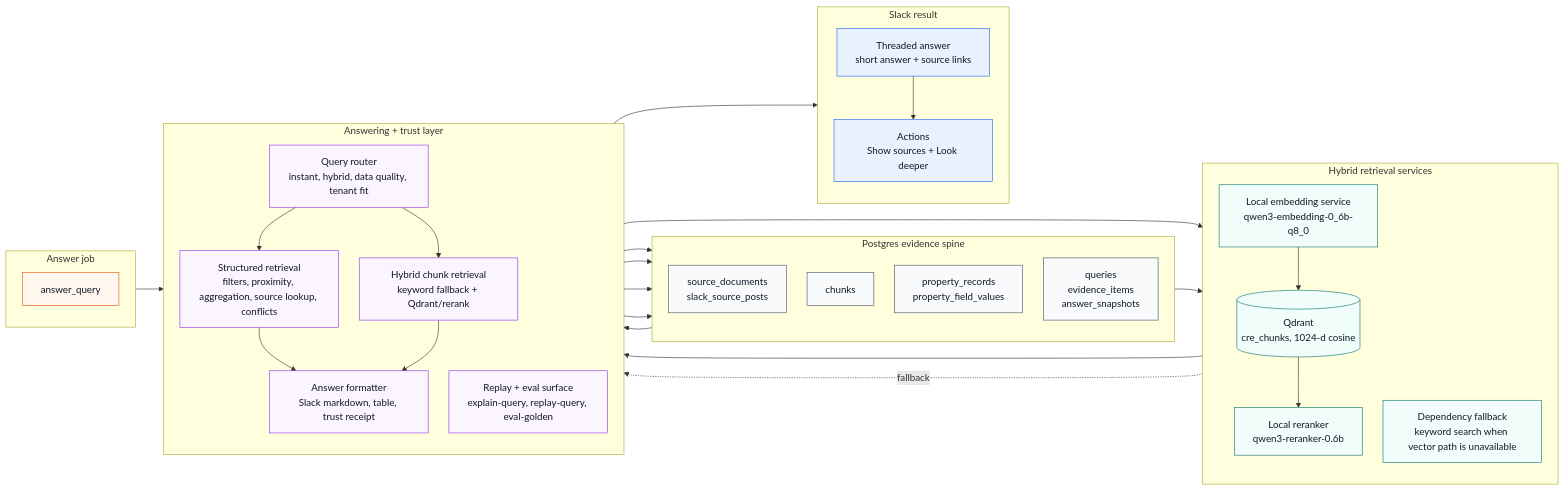
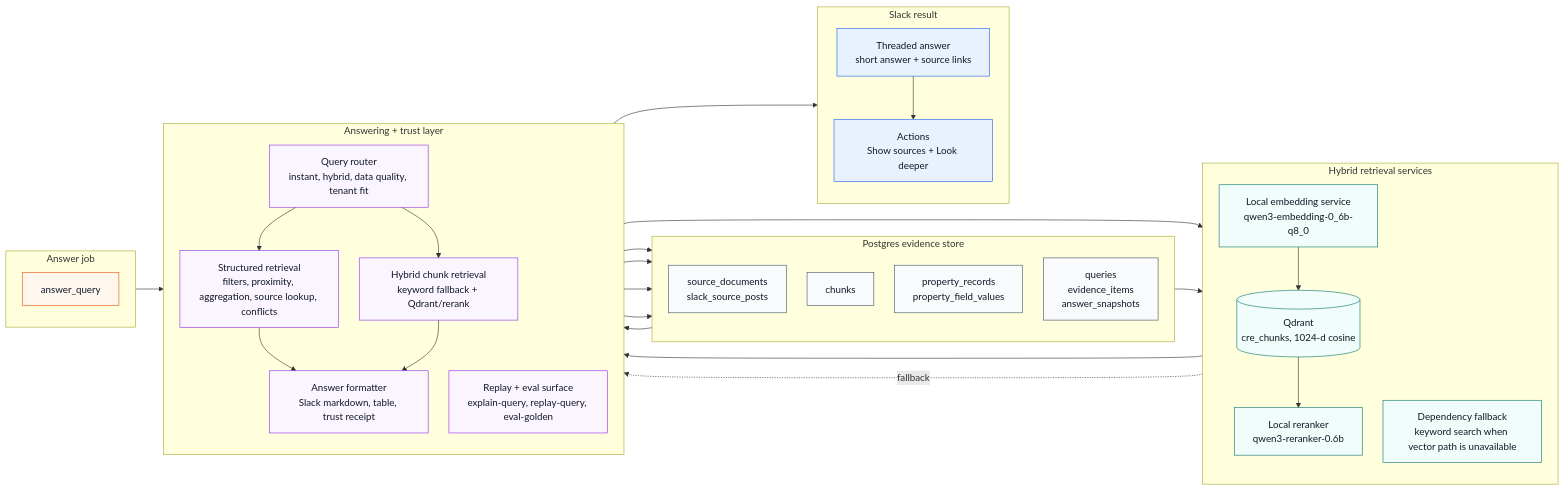
One commit to Aqwerty321/CRE-Knowledge-Engine changed the third of 7 diagrams in README.md. Above: the diagram before and after it, drawn with Mermaid. The commit also changed other lines of this file, not shown here.

````diff
--- a/README.md
+++ b/README.md
@@ -155,67 +155,67 @@
 ```mermaid
 %%{init: {"flowchart": {"curve": "basis", "nodeSpacing": 34, "rankSpacing": 46}} }%%
 flowchart LR
     classDef jobs fill:#fff7ed,stroke:#ea580c,color:#111827
     classDef store fill:#f8fafc,stroke:#475569,color:#111827
     classDef vector fill:#f0fdfa,stroke:#0f766e,color:#111827
     classDef answer fill:#faf5ff,stroke:#9333ea,color:#111827
     classDef surface fill:#e8f2ff,stroke:#2563eb,color:#111827
 
     subgraph J[Answer job]
         direction TB
         J1[answer_query]
     end
 
-    subgraph E[Postgres evidence spine]
+    subgraph E[Postgres evidence store]
         direction TB
         E1[source_documents\nslack_source_posts]
         E2[chunks]
         E3[property_records\nproperty_field_values]
         E4[queries\nevidence_items\nanswer_snapshots]
     end
 
     subgraph V[Hybrid retrieval services]
         direction TB
         V1[Local embedding service\nqwen3-embedding-0_6b-q8_0]
         V2[(Qdrant\ncre_chunks, 1024-d cosine)]
         V3[Local reranker\nqwen3-reranker-0.6b]
         V4[Dependency fallback\nkeyword search when vector path is unavailable]
     end
 
     subgraph R[Answering + trust layer]
         direction TB
         R1[Query router\ninstant, hybrid, data quality, tenant fit]
         R2[Structured retrieval\nfilters, proximity, aggregation, source lookup, conflicts]
         R3[Hybrid chunk retrieval\nkeyword fallback + Qdrant/rerank]
         R4[Answer formatter\nSlack markdown, table, trust receipt]
         R5[Replay + eval surface\nexplain-query, replay-query, eval-golden]
     end
 
     subgraph S[Slack result]
         direction TB
         S4[Threaded answer\nshort answer + source links]
         S3[Actions\nShow sources + Look deeper]
     end
 
     E2 --> V1 --> V2 --> V3
     J1 --> R1
     R1 --> R2
     R1 --> R3
     R2 --> E1
     R2 --> E3
     R3 --> E2
     R3 --> V2
     V3 --> R3
     V4 -.fallback.-> R3
     R2 --> R4
     R3 --> R4
     R4 --> E4
     E4 --> R5
     R4 --> S4 --> S3
 
     class J1 jobs
     class E1,E2,E3,E4 store
     class V1,V2,V3,V4 vector
     class R1,R2,R3,R4,R5 answer
     class S3,S4 surface
 ```
````
